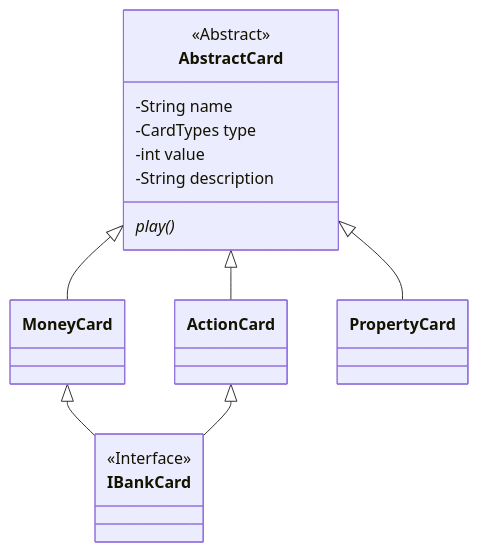
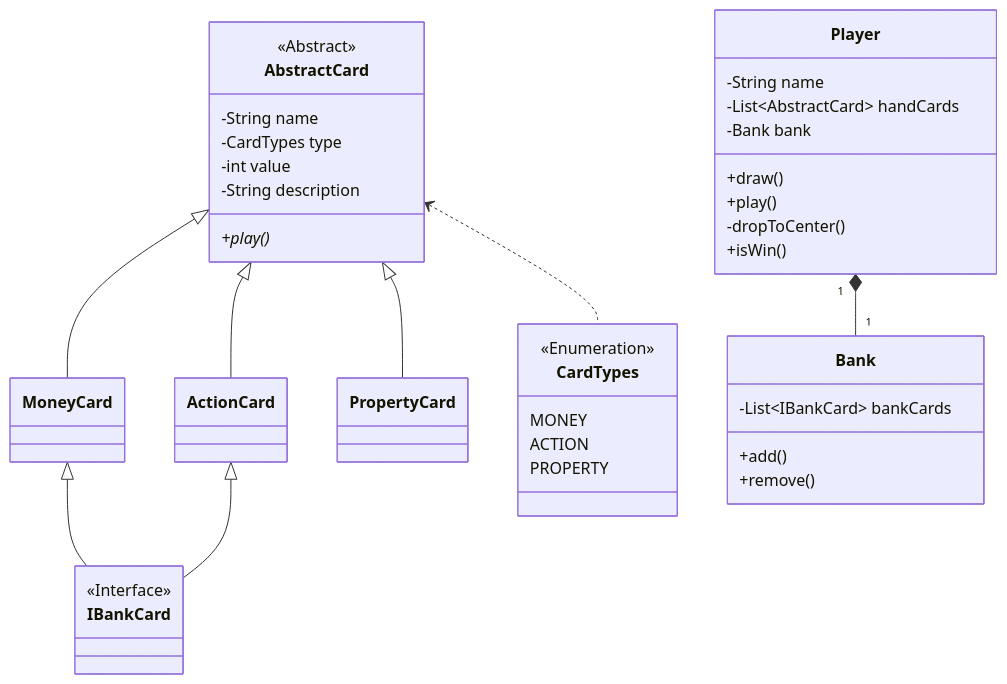
One commit to KelvinQiu802/comp2004 changed the diagram in README.md. Above: the diagram before and after it, drawn with Mermaid.

Commit message:
feat: more uml

````diff
--- a/README.md
+++ b/README.md
@@ -14,25 +14,52 @@
 ```mermaid
 classDiagram
 	AbstractCard <|-- MoneyCard
 	AbstractCard <|-- ActionCard
 	AbstractCard <|-- PropertyCard
+	AbstractCard <.. CardTypes
 	MoneyCard <|-- IBankCard
 	ActionCard <|-- IBankCard
+	Player "1" *-- "1" Bank
 	
-	class AbstractCard
-		<<Abstract>> AbstractCard
-		AbstractCard : -String name
-		AbstractCard : -CardTypes type
-		AbstractCard : -int value
-		AbstractCard : -String description
-		AbstractCard : play()*
+	class AbstractCard{
+		<<Abstract>>
+		-String name
+		-CardTypes type
+		-int value
+		-String description
+		+play()*
+	}
 		
 	class MoneyCard
 	
 	class ActionCard
 	
 	class PropertyCard
 	
-	class IBankCard
-		<<Interface>> IBankCard
+	class IBankCard{
+			<<Interface>>
+	}
+		
+	class Player{
+		-String name
+		-List~AbstractCard~ handCards
+		-Bank bank
+		+draw()
+		+play()
+		-dropToCenter()
+		+isWin()
+	}
+
+	class Bank{
+		-List~IBankCard~ bankCards
+		+add()
+		+remove()
+	}
+	
+	class CardTypes{
+		<<Enumeration>>
+		MONEY
+		ACTION
+		PROPERTY
+	}
 ```
````
